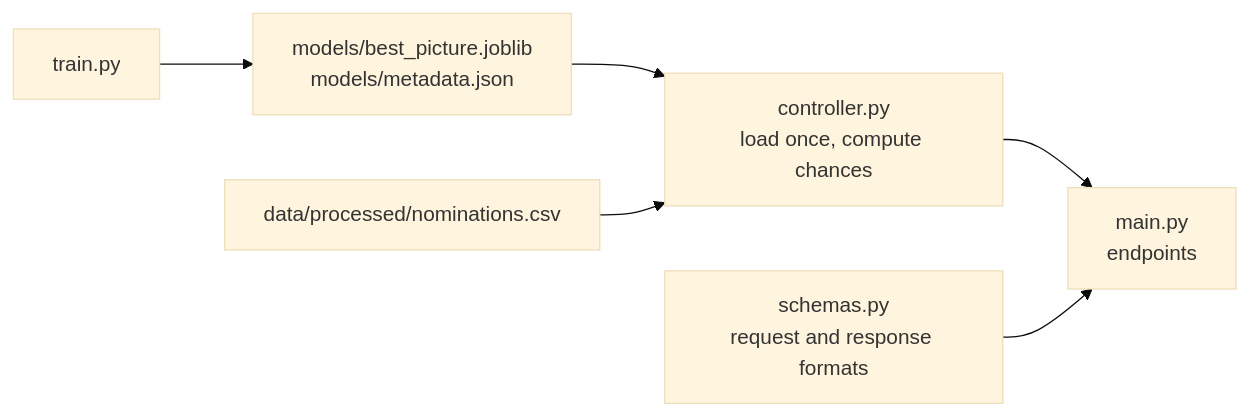
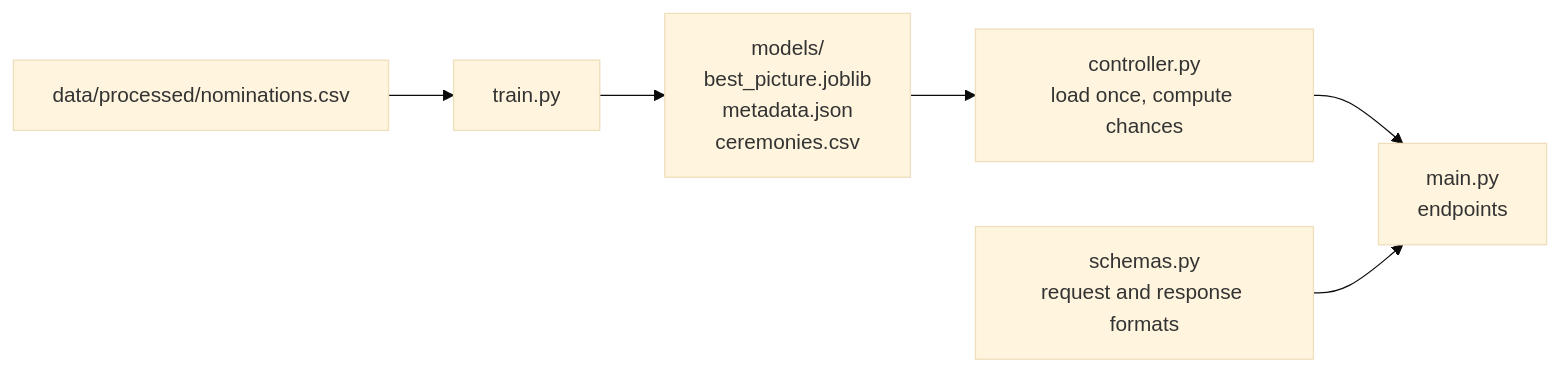
Before and after one commit to Timon-Kollhoff/oscar-predictor-model: the diagram in src/oscar/api/README.md, drawn with Mermaid (base theme). The commit also changed other lines of this file and 6 other files, not shown here.

````diff
--- a/src/oscar/api/README.md
+++ b/src/oscar/api/README.md
@@ -27,8 +30,8 @@
 ```mermaid
 flowchart LR
-    T[train.py] --> M[models/best_picture.joblib<br>models/metadata.json]
+    N[data/processed/nominations.csv] --> T[train.py]
+    T --> M[models/<br>best_picture.joblib<br>metadata.json<br>ceremonies.csv]
     M --> C[controller.py<br>load once, compute chances]
-    D[data/processed/nominations.csv] --> C
     C --> A[main.py<br>endpoints]
     S[schemas.py<br>request and response formats] --> A
 ```
````
